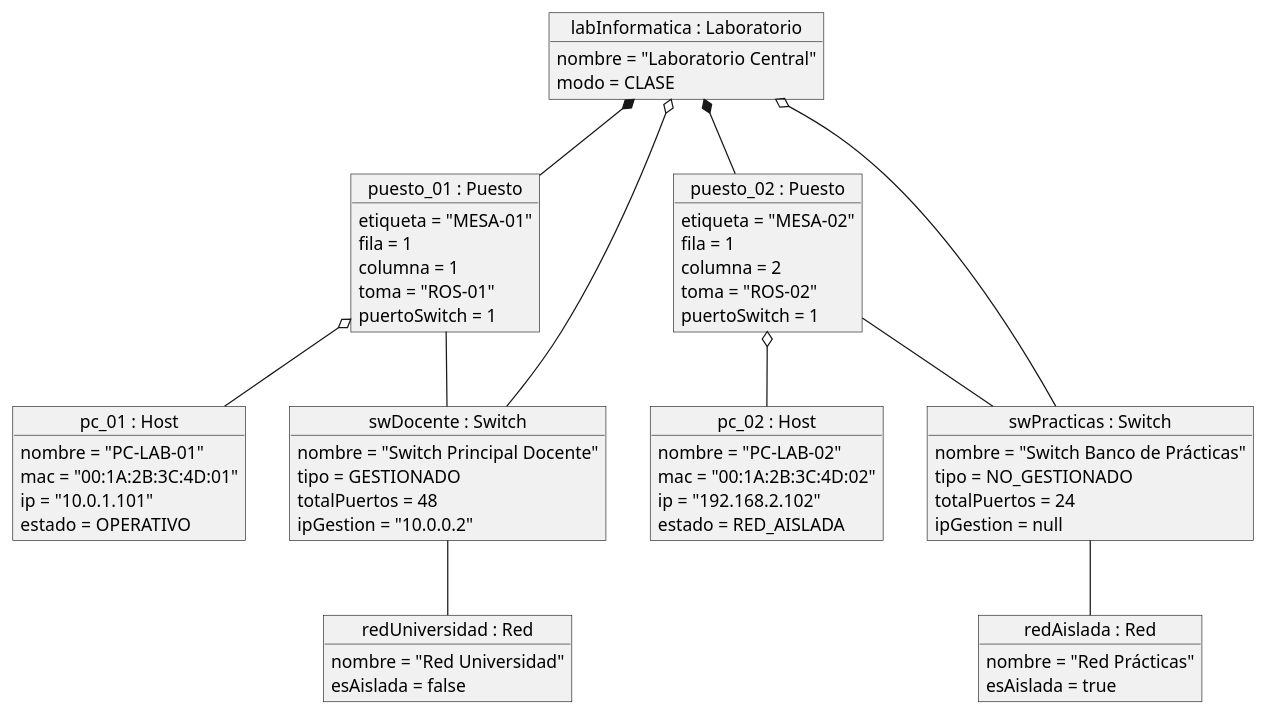
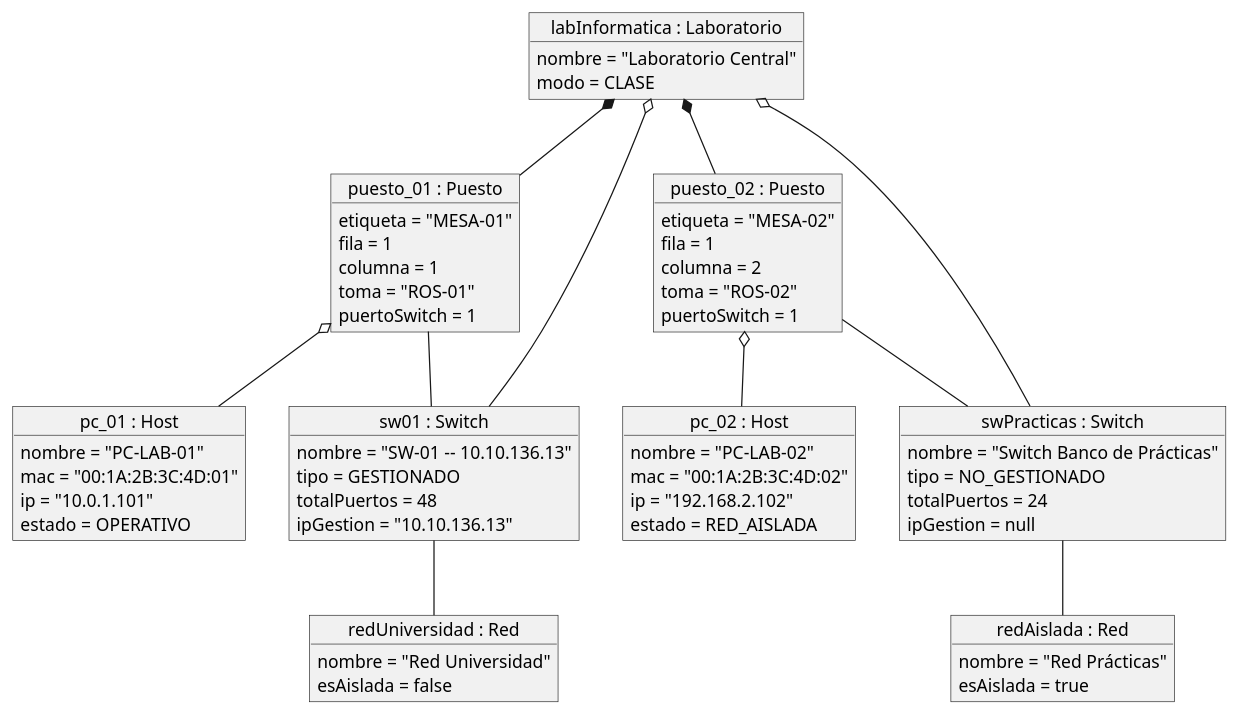
The diagram in RUP/00-modelo-del-dominio/diagrama-objetos.puml (Carlos-Lima2510/mesh-panel), drawn with PlantUML before and after one commit. The commit also changed 9 other files, not shown here.

Commit message:
fix(switches): eliminar switch principal docente ficticio y usar sw-01 como predeterminado

```diff
--- a/RUP/00-modelo-del-dominio/diagrama-objetos.puml
+++ b/RUP/00-modelo-del-dominio/diagrama-objetos.puml
@@ -1,80 +1,80 @@
 @startuml diagrama-objetos
 
 object "labInformatica : Laboratorio" as lab {
     nombre = "Laboratorio Central"
     modo = CLASE
 }
 
 object "puesto_01 : Puesto" as puesto01 {
     etiqueta = "MESA-01"
     fila = 1
     columna = 1
     toma = "ROS-01"
     puertoSwitch = 1
 }
 
 object "puesto_02 : Puesto" as puesto02 {
     etiqueta = "MESA-02"
     fila = 1
     columna = 2
     toma = "ROS-02"
     puertoSwitch = 1
 }
 
 object "pc_01 : Host" as host01 {
     nombre = "PC-LAB-01"
     mac = "00:1A:2B:3C:4D:01"
     ip = "10.0.1.101"
     estado = OPERATIVO
 }
 
 object "pc_02 : Host" as host02 {
     nombre = "PC-LAB-02"
     mac = "00:1A:2B:3C:4D:02"
     ip = "192.168.2.102"
     estado = RED_AISLADA
 }
 
-object "swDocente : Switch" as swDocente {
-    nombre = "Switch Principal Docente"
+object "sw01 : Switch" as sw01 {
+    nombre = "SW-01 -- 10.10.136.13"
     tipo = GESTIONADO
     totalPuertos = 48
-    ipGestion = "10.0.0.2"
+    ipGestion = "10.10.136.13"
 }
 
 object "swPracticas : Switch" as swPracticas {
     nombre = "Switch Banco de Prácticas"
     tipo = NO_GESTIONADO
     totalPuertos = 24
     ipGestion = null
 }
 
 object "redUniversidad : Red" as redUniversidad {
     nombre = "Red Universidad"
     esAislada = false
 }
 
 object "redAislada : Red" as redAislada {
     nombre = "Red Prácticas"
     esAislada = true
 }
 
 ' Contención física en el aula
 lab *-- puesto01
 lab *-- puesto02
-lab o-- swDocente
+lab o-- sw01
 lab o-- swPracticas
 
 ' Conexiones de cableado a bocas de switch
-puesto01 -- swDocente
+puesto01 -- sw01
 puesto02 -- swPracticas
 
 ' Alojamiento de hosts en mesas
 puesto01 o-- host01
 puesto02 o-- host02
 
 ' Switches dando servicio a las redes
-swDocente -- redUniversidad
+sw01 -- redUniversidad
 swPracticas -- redAislada
 
 @enduml
```
